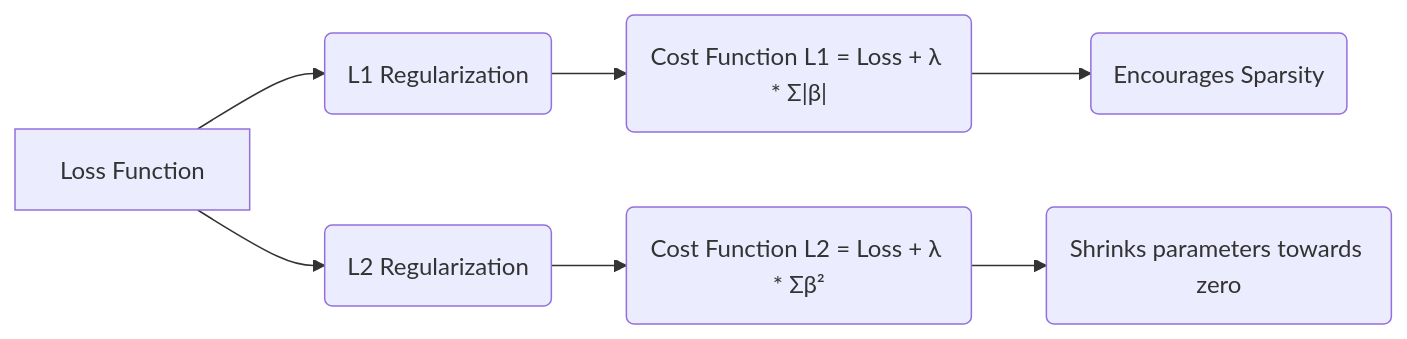
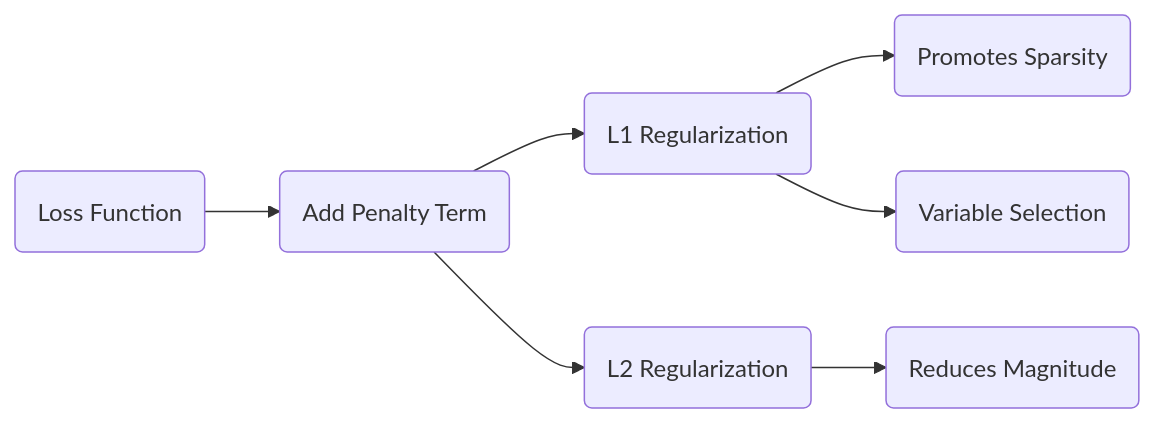
The second of 5 diagrams in 01. Linear Regression/01. Key Themes/01. Bias Variance Tradeoff.md (diegomrodrigues/statistical_learning_notes), drawn with Mermaid before and after one commit. The commit also changed other lines of this file, not shown here.

````diff
--- a/01. Linear Regression/01. Key Themes/01. Bias Variance Tradeoff.md
+++ b/01. Linear Regression/01. Key Themes/01. Bias Variance Tradeoff.md
@@ -81,10 +88,9 @@
 ```mermaid
 graph LR
-    A[Loss Function] --> B("L1 Regularization");
-    A --> C("L2 Regularization");
-    B --> D("Cost Function L1 = Loss + λ * Σ|β|");
-    C --> E("Cost Function L2 = Loss + λ * Σβ²");
-    D --> F("Encourages Sparsity");
-    E --> G("Shrinks parameters towards zero");
-
+    A("Loss Function") --> B("Add Penalty Term");
+    B --> C("L1 Regularization");
+    B --> D("L2 Regularization");
+    C --> E("Promotes Sparsity");
+    D --> F("Reduces Magnitude");
+     C --> G("Variable Selection");
 ```
````
